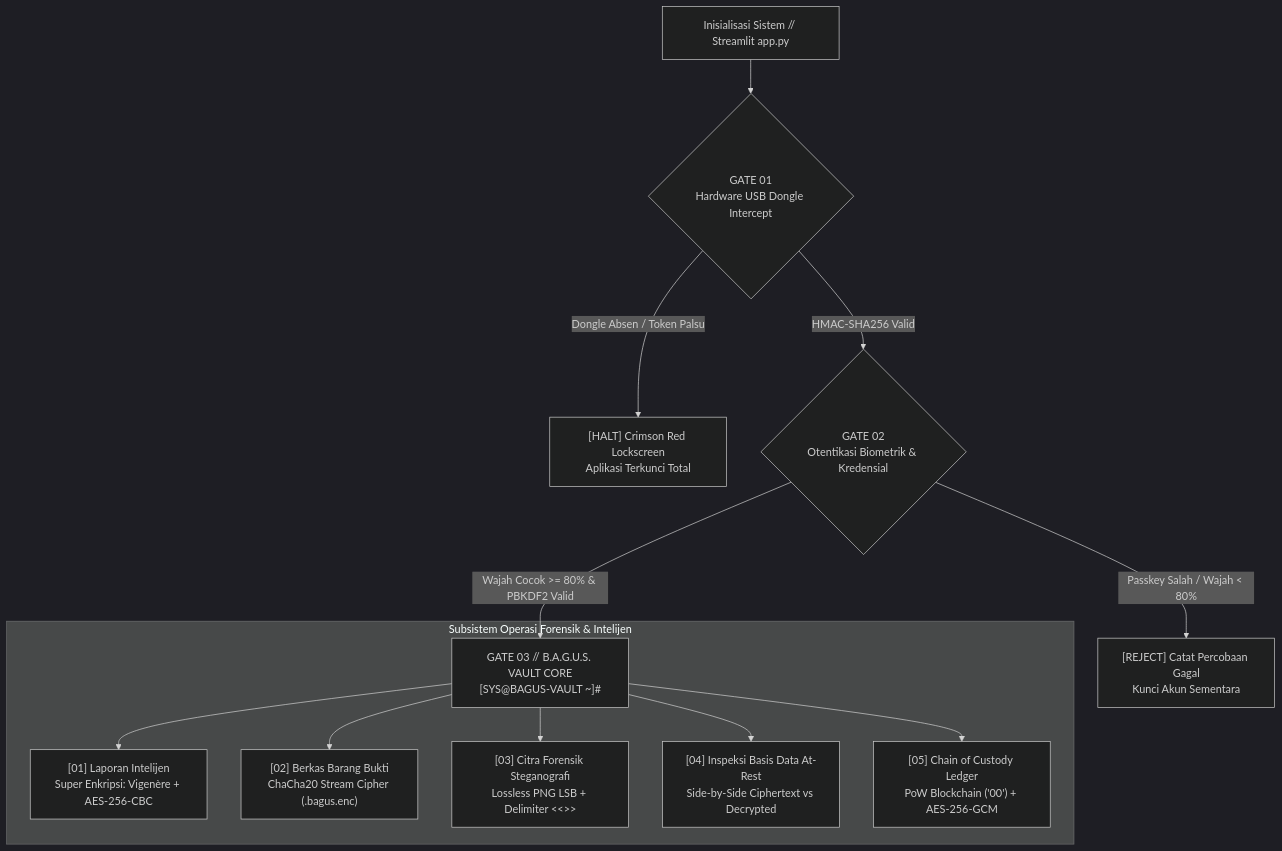
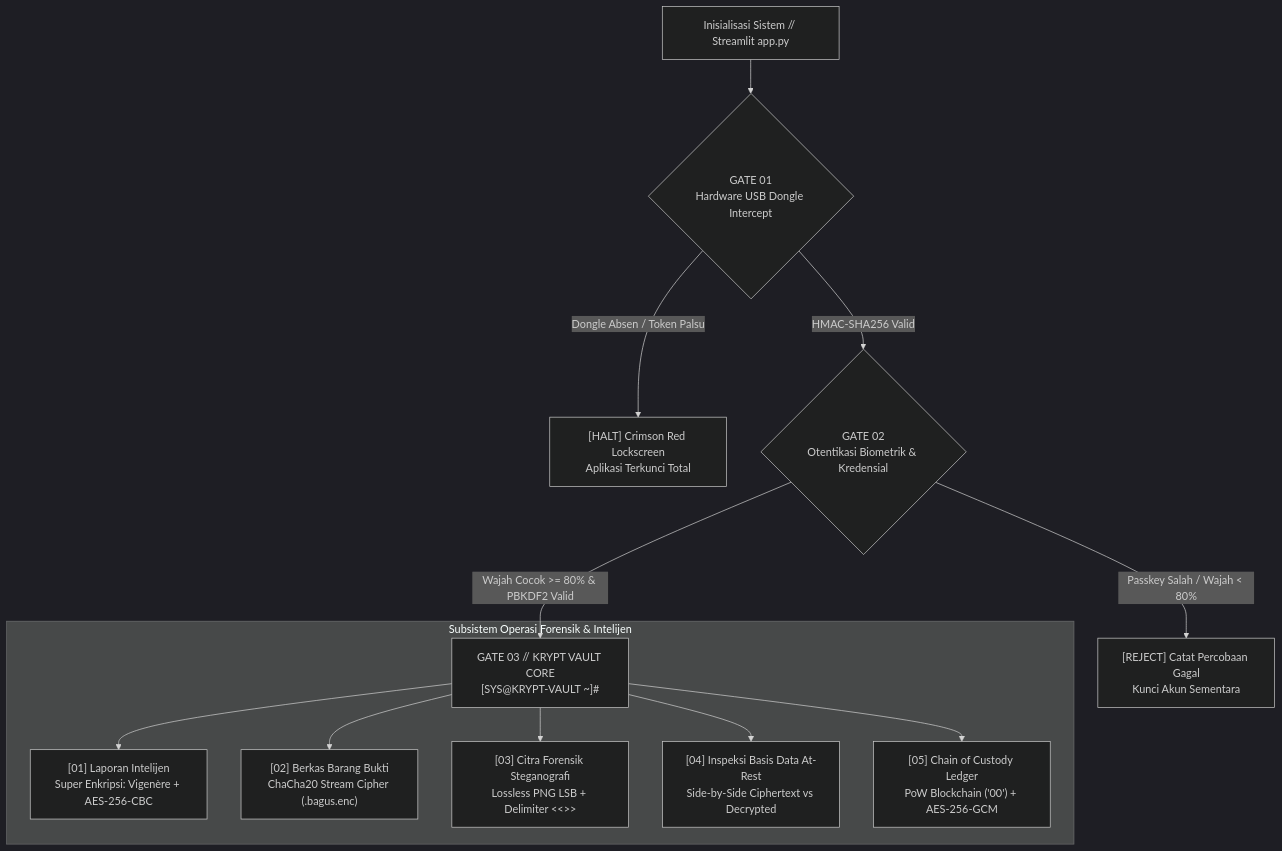
The first of 7 diagrams in geovault-crypto-app/docs/LAPORAN_AKHIR_KRIPTOGRAFI.md (Mridhohm/Project_Biometric-Authenticated-Gatekeeper-Unified-Security-Vault), drawn with Mermaid (dark theme) before and after one commit. The commit also changed other lines of this file and 12 other files, not shown here.

Commit message:
feat(branding): Rename application to Krypt Vault & add 1-click desktop launchers

````diff
--- a/geovault-crypto-app/docs/LAPORAN_AKHIR_KRIPTOGRAFI.md
+++ b/geovault-crypto-app/docs/LAPORAN_AKHIR_KRIPTOGRAFI.md
@@ -272,16 +272,16 @@
 ```mermaid
 flowchart TD
     Boot["Inisialisasi Sistem // Streamlit app.py"] --> G1{"GATE 01\nHardware USB Dongle Intercept"}
     G1 -- "Dongle Absen / Token Palsu" --> L1["[HALT] Crimson Red Lockscreen\nAplikasi Terkunci Total"]
     G1 -- "HMAC-SHA256 Valid" --> G2{"GATE 02\nOtentikasi Biometrik & Kredensial"}
     G2 -- "Passkey Salah / Wajah < 80%" --> L2["[REJECT] Catat Percobaan Gagal\nKunci Akun Sementara"]
-    G2 -- "Wajah Cocok >= 80% & PBKDF2 Valid" --> G3["GATE 03 // B.A.G.U.S. VAULT CORE\n[SYS@BAGUS-VAULT ~]#"]
+    G2 -- "Wajah Cocok >= 80% & PBKDF2 Valid" --> G3["GATE 03 // KRYPT VAULT CORE\n[SYS@KRYPT-VAULT ~]#"]
     
     subgraph G3_Subsystems ["Subsistem Operasi Forensik & Intelijen"]
         G3 --> S1["[01] Laporan Intelijen\nSuper Enkripsi: Vigenère + AES-256-CBC"]
         G3 --> S2["[02] Berkas Barang Bukti\nChaCha20 Stream Cipher (.bagus.enc)"]
         G3 --> S3["[03] Citra Forensik Steganografi\nLossless PNG LSB + Delimiter <<<END>>>"]
         G3 --> S4["[04] Inspeksi Basis Data At-Rest\nSide-by-Side Ciphertext vs Decrypted"]
         G3 --> S5["[05] Chain of Custody Ledger\nPoW Blockchain ('00') + AES-256-GCM"]
     end
 ```
````
